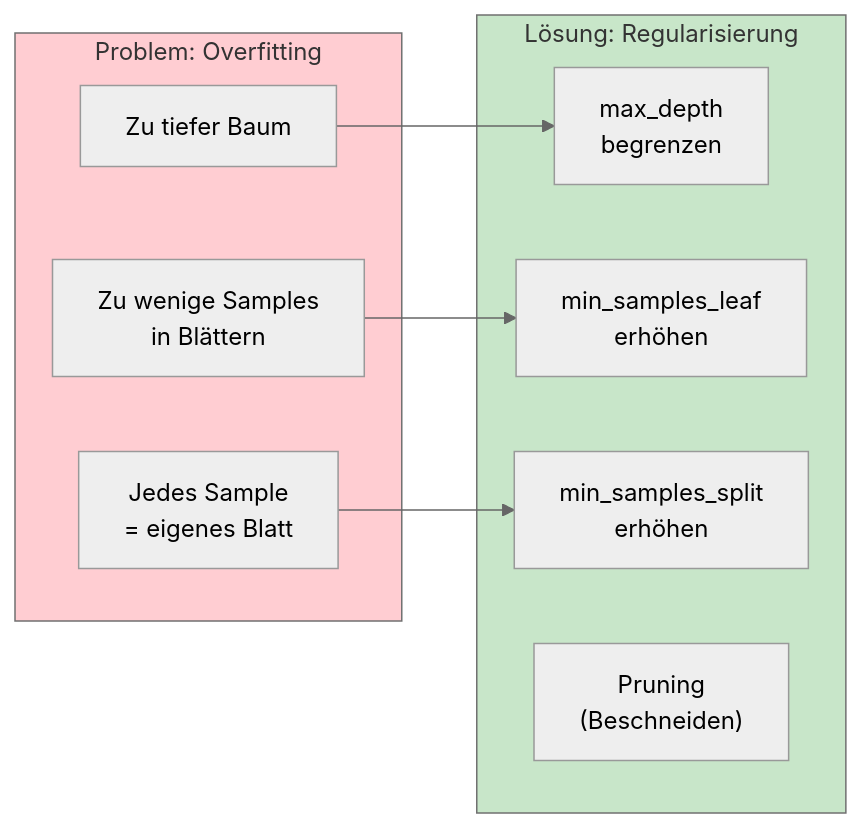
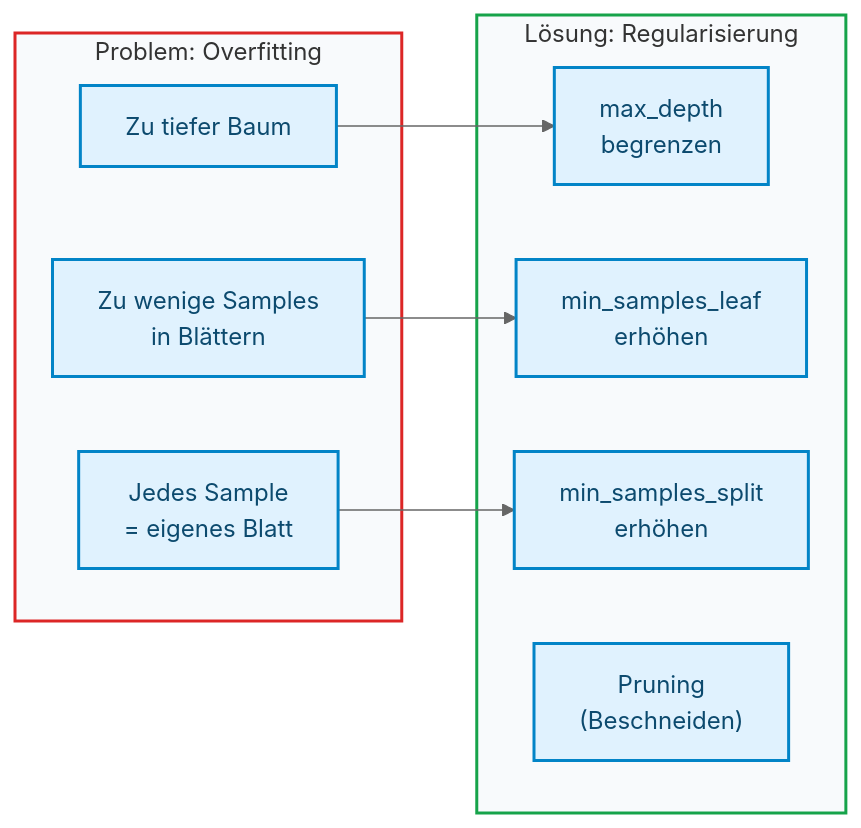
Before and after one commit to ralf-42/ML_Intro: the fifth of 6 diagrams in docs/concepts/modeling/decision_tree.md, drawn with Mermaid (neutral theme). The commit also changed other lines of this file and 67 other files, not shown here.

````diff
--- a/docs/concepts/modeling/decision_tree.md
+++ b/docs/concepts/modeling/decision_tree.md
@@ -195,22 +187,23 @@
 ```mermaid
 flowchart LR
     subgraph problem["Problem: Overfitting"]
         O1["Zu tiefer Baum"]
         O2["Zu wenige Samples<br/>in Blättern"]
         O3["Jedes Sample<br/>= eigenes Blatt"]
     end
     
     subgraph loesung["Lösung: Regularisierung"]
         L1["max_depth<br/>begrenzen"]
         L2["min_samples_leaf<br/>erhöhen"]
         L3["min_samples_split<br/>erhöhen"]
         L4["Pruning<br/>(Beschneiden)"]
     end
     
     O1 --> L1
     O2 --> L2
     O3 --> L3
-    
-    style problem fill:#ffcdd2
-    style loesung fill:#c8e6c9
+
+    classDef default fill:#e0f2fe,stroke:#0284c7,stroke-width:2px,color:#0c4a6e;
+    style problem fill:#f8fafc,stroke:#dc2626,stroke-width:2px
+    style loesung fill:#f8fafc,stroke:#16a34a,stroke-width:2px
 ```
````
